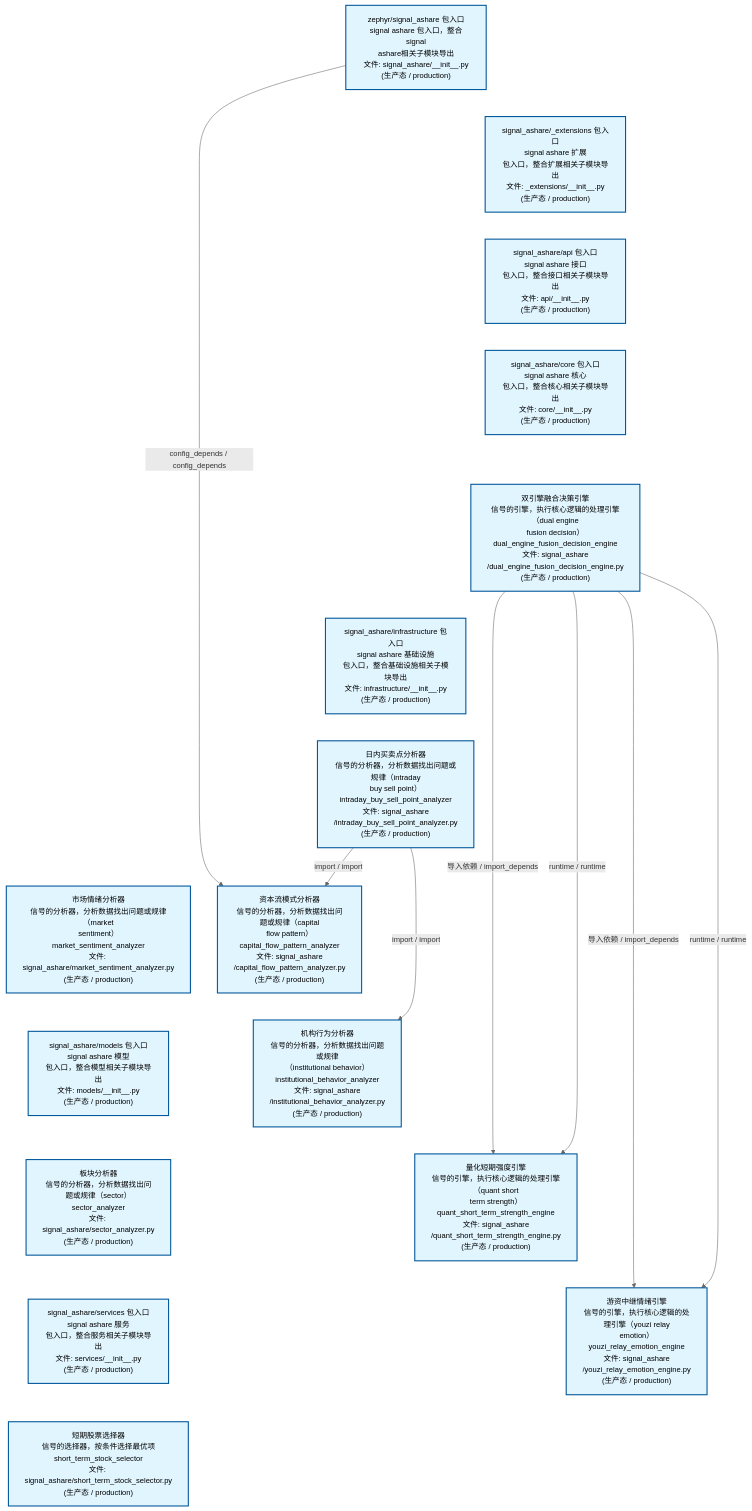
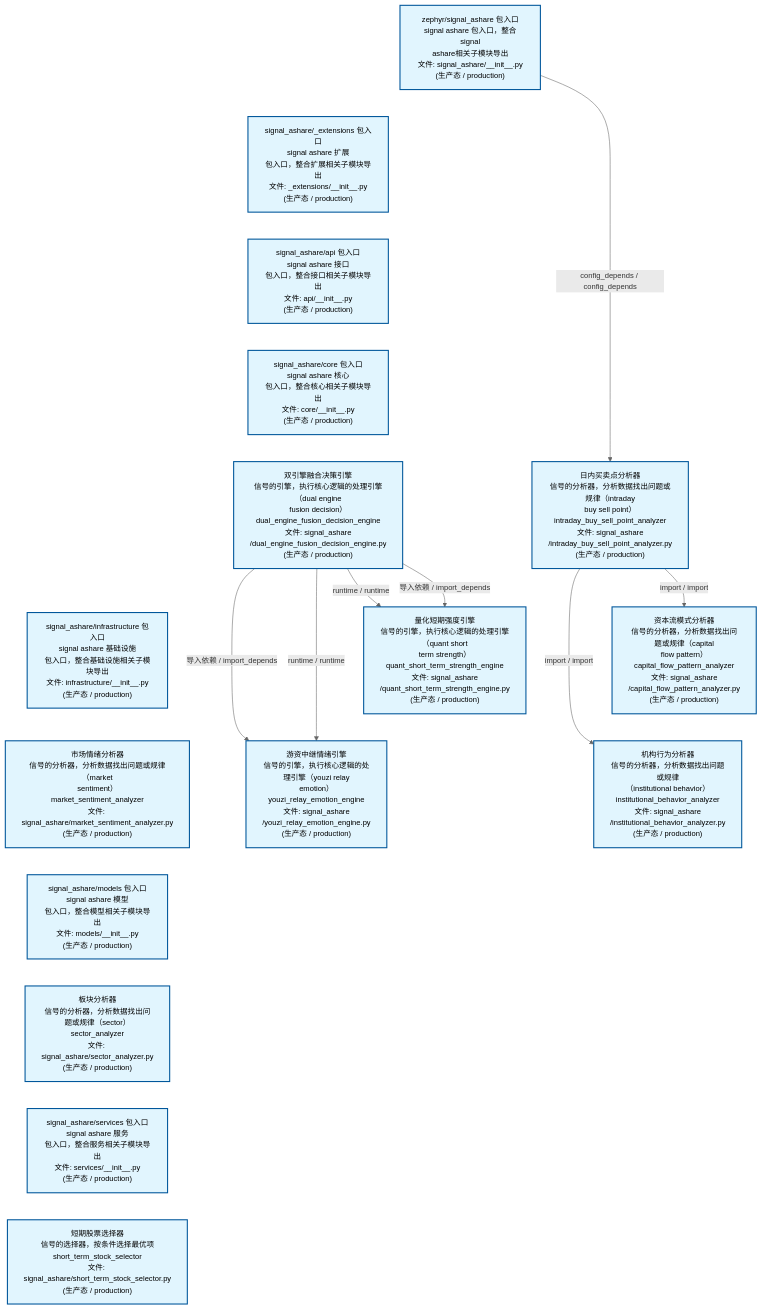
One commit to xuanFelixVan/ZephyrAlpha changed the second of 4 diagrams in docs/02_enterprise_architecture/02_domain_architecture_docs/32_d_ashare_signal.md. Above: the diagram before and after it, drawn with Mermaid. The commit also changed other lines of this file and 50 other files, not shown here.

````diff
--- a/docs/02_enterprise_architecture/02_domain_architecture_docs/32_d_ashare_signal.md
+++ b/docs/02_enterprise_architecture/02_domain_architecture_docs/32_d_ashare_signal.md
@@ -112,46 +111,45 @@
 ```mermaid
 %%{init: {'theme': 'base', 'themeVariables': {'primaryColor': '#eaeaea', 'primaryTextColor': '#333333', 'primaryBorderColor': '#666666', 'lineColor': '#666666', 'secondaryColor': '#eaeaea', 'tertiaryColor': '#eaeaea', 'fontSize': '14px'}}}%%
 flowchart TD
     src_zephyr_signal_ashare_init_py["zephyr/signal_ashare 包入口<br/>signal ashare 包入口，整合signal<br/>ashare相关子模块导出<br/>文件: signal_ashare/__init__.py<br/>(生产态 / production)"]
     src_zephyr_signal_ashare_extensions_init_py["signal_ashare/_extensions 包入口<br/>signal ashare 扩展<br/>包入口，整合扩展相关子模块导出<br/>文件: _extensions/__init__.py<br/>(生产态 / production)"]
     src_zephyr_signal_ashare_api_init_py["signal_ashare/api 包入口<br/>signal ashare 接口<br/>包入口，整合接口相关子模块导出<br/>文件: api/__init__.py<br/>(生产态 / production)"]
     src_zephyr_signal_ashare_core_init_py["signal_ashare/core 包入口<br/>signal ashare 核心<br/>包入口，整合核心相关子模块导出<br/>文件: core/__init__.py<br/>(生产态 / production)"]
     src_zephyr_signal_ashare_dual_engine_fusion_decision_engine_py["双引擎融合决策引擎<br/>信号的引擎，执行核心逻辑的处理引擎（dual engine<br/>fusion decision）<br/>dual_engine_fusion_decision_engine<br/>文件: signal_ashare<br/>/dual_engine_fusion_decision_engine.py<br/>(生产态 / production)"]
     src_zephyr_signal_ashare_infrastructure_init_py["signal_ashare/infrastructure 包入口<br/>signal ashare 基础设施<br/>包入口，整合基础设施相关子模块导出<br/>文件: infrastructure/__init__.py<br/>(生产态 / production)"]
-    src_zephyr_signal_ashare_intraday_buy_sell_point_analyzer_py["日内买卖点分析器<br/>信号的分析器，分析数据找出问题或规律（intraday<br/>buy sell point）<br/>intraday_buy_sell_point_analyzer<br/>文件: signal_ashare<br/>/intraday_buy_sell_point_analyzer.py<br/>(生产态 / production)"]
     src_zephyr_signal_ashare_market_sentiment_analyzer_py["市场情绪分析器<br/>信号的分析器，分析数据找出问题或规律（market<br/>sentiment）<br/>market_sentiment_analyzer<br/>文件: signal_ashare/market_sentiment_analyzer.py<br/>(生产态 / production)"]
     src_zephyr_signal_ashare_models_init_py["signal_ashare/models 包入口<br/>signal ashare 模型<br/>包入口，整合模型相关子模块导出<br/>文件: models/__init__.py<br/>(生产态 / production)"]
     src_zephyr_signal_ashare_sector_analyzer_py["板块分析器<br/>信号的分析器，分析数据找出问题或规律（sector）<br/>sector_analyzer<br/>文件: signal_ashare/sector_analyzer.py<br/>(生产态 / production)"]
     src_zephyr_signal_ashare_services_init_py["signal_ashare/services 包入口<br/>signal ashare 服务<br/>包入口，整合服务相关子模块导出<br/>文件: services/__init__.py<br/>(生产态 / production)"]
     src_zephyr_signal_ashare_short_term_stock_selector_py["短期股票选择器<br/>信号的选择器，按条件选择最优项<br/>short_term_stock_selector<br/>文件: signal_ashare/short_term_stock_selector.py<br/>(生产态 / production)"]
     src_zephyr_signal_ashare_init_py ~~~ src_zephyr_signal_ashare_extensions_init_py
     src_zephyr_signal_ashare_extensions_init_py ~~~ src_zephyr_signal_ashare_api_init_py
     src_zephyr_signal_ashare_api_init_py ~~~ src_zephyr_signal_ashare_core_init_py
     src_zephyr_signal_ashare_core_init_py ~~~ src_zephyr_signal_ashare_dual_engine_fusion_decision_engine_py
     src_zephyr_signal_ashare_dual_engine_fusion_decision_engine_py ~~~ src_zephyr_signal_ashare_infrastructure_init_py
-    src_zephyr_signal_ashare_infrastructure_init_py ~~~ src_zephyr_signal_ashare_intraday_buy_sell_point_analyzer_py
-    src_zephyr_signal_ashare_intraday_buy_sell_point_analyzer_py ~~~ src_zephyr_signal_ashare_market_sentiment_analyzer_py
+    src_zephyr_signal_ashare_infrastructure_init_py ~~~ src_zephyr_signal_ashare_market_sentiment_analyzer_py
     src_zephyr_signal_ashare_market_sentiment_analyzer_py ~~~ src_zephyr_signal_ashare_models_init_py
     src_zephyr_signal_ashare_models_init_py ~~~ src_zephyr_signal_ashare_sector_analyzer_py
     src_zephyr_signal_ashare_sector_analyzer_py ~~~ src_zephyr_signal_ashare_services_init_py
     src_zephyr_signal_ashare_services_init_py ~~~ src_zephyr_signal_ashare_short_term_stock_selector_py
+    src_zephyr_signal_ashare_intraday_buy_sell_point_analyzer_py["日内买卖点分析器<br/>信号的分析器，分析数据找出问题或规律（intraday<br/>buy sell point）<br/>intraday_buy_sell_point_analyzer<br/>文件: signal_ashare<br/>/intraday_buy_sell_point_analyzer.py<br/>(生产态 / production)"]
+    src_zephyr_signal_ashare_quant_short_term_strength_engine_py["量化短期强度引擎<br/>信号的引擎，执行核心逻辑的处理引擎（quant short<br/>term strength）<br/>quant_short_term_strength_engine<br/>文件: signal_ashare<br/>/quant_short_term_strength_engine.py<br/>(生产态 / production)"]
+    src_zephyr_signal_ashare_youzi_relay_emotion_engine_py["游资中继情绪引擎<br/>信号的引擎，执行核心逻辑的处理引擎（youzi relay<br/>emotion）<br/>youzi_relay_emotion_engine<br/>文件: signal_ashare<br/>/youzi_relay_emotion_engine.py<br/>(生产态 / production)"]
+    src_zephyr_signal_ashare_intraday_buy_sell_point_analyzer_py ~~~ src_zephyr_signal_ashare_quant_short_term_strength_engine_py
+    src_zephyr_signal_ashare_quant_short_term_strength_engine_py ~~~ src_zephyr_signal_ashare_youzi_relay_emotion_engine_py
     src_zephyr_signal_ashare_capital_flow_pattern_analyzer_py["资本流模式分析器<br/>信号的分析器，分析数据找出问题或规律（capital<br/>flow pattern）<br/>capital_flow_pattern_analyzer<br/>文件: signal_ashare<br/>/capital_flow_pattern_analyzer.py<br/>(生产态 / production)"]
     src_zephyr_signal_ashare_institutional_behavior_analyzer_py["机构行为分析器<br/>信号的分析器，分析数据找出问题或规律<br/>（institutional behavior）<br/>institutional_behavior_analyzer<br/>文件: signal_ashare<br/>/institutional_behavior_analyzer.py<br/>(生产态 / production)"]
-    src_zephyr_signal_ashare_quant_short_term_strength_engine_py["量化短期强度引擎<br/>信号的引擎，执行核心逻辑的处理引擎（quant short<br/>term strength）<br/>quant_short_term_strength_engine<br/>文件: signal_ashare<br/>/quant_short_term_strength_engine.py<br/>(生产态 / production)"]
-    src_zephyr_signal_ashare_youzi_relay_emotion_engine_py["游资中继情绪引擎<br/>信号的引擎，执行核心逻辑的处理引擎（youzi relay<br/>emotion）<br/>youzi_relay_emotion_engine<br/>文件: signal_ashare<br/>/youzi_relay_emotion_engine.py<br/>(生产态 / production)"]
     src_zephyr_signal_ashare_capital_flow_pattern_analyzer_py ~~~ src_zephyr_signal_ashare_institutional_behavior_analyzer_py
-    src_zephyr_signal_ashare_institutional_behavior_analyzer_py ~~~ src_zephyr_signal_ashare_quant_short_term_strength_engine_py
-    src_zephyr_signal_ashare_quant_short_term_strength_engine_py ~~~ src_zephyr_signal_ashare_youzi_relay_emotion_engine_py
-    src_zephyr_signal_ashare_dual_engine_fusion_decision_engine_py -->|导入依赖 / import_depends| src_zephyr_signal_ashare_youzi_relay_emotion_engine_py
-    src_zephyr_signal_ashare_dual_engine_fusion_decision_engine_py -->|runtime / runtime| src_zephyr_signal_ashare_youzi_relay_emotion_engine_py
+    src_zephyr_signal_ashare_intraday_buy_sell_point_analyzer_py -->|import / import| src_zephyr_signal_ashare_institutional_behavior_analyzer_py
+    src_zephyr_signal_ashare_intraday_buy_sell_point_analyzer_py -->|import / import| src_zephyr_signal_ashare_capital_flow_pattern_analyzer_py
+    src_zephyr_signal_ashare_init_py -->|config_depends / config_depends| src_zephyr_signal_ashare_intraday_buy_sell_point_analyzer_py
     src_zephyr_signal_ashare_dual_engine_fusion_decision_engine_py -->|导入依赖 / import_depends| src_zephyr_signal_ashare_quant_short_term_strength_engine_py
     src_zephyr_signal_ashare_dual_engine_fusion_decision_engine_py -->|runtime / runtime| src_zephyr_signal_ashare_quant_short_term_strength_engine_py
-    src_zephyr_signal_ashare_init_py -->|config_depends / config_depends| src_zephyr_signal_ashare_capital_flow_pattern_analyzer_py
-    src_zephyr_signal_ashare_intraday_buy_sell_point_analyzer_py -->|import / import| src_zephyr_signal_ashare_capital_flow_pattern_analyzer_py
-    src_zephyr_signal_ashare_intraday_buy_sell_point_analyzer_py -->|import / import| src_zephyr_signal_ashare_institutional_behavior_analyzer_py
+    src_zephyr_signal_ashare_dual_engine_fusion_decision_engine_py -->|runtime / runtime| src_zephyr_signal_ashare_youzi_relay_emotion_engine_py
+    src_zephyr_signal_ashare_dual_engine_fusion_decision_engine_py -->|导入依赖 / import_depends| src_zephyr_signal_ashare_youzi_relay_emotion_engine_py
     classDef production fill:#e1f5fe,stroke:#01579b,stroke-width:2px,color:#000
     classDef design fill:#fff3e0,stroke:#e65100,stroke-width:2px,color:#000,stroke-dasharray: 5 5
     classDef external_prod fill:#e8f4fd,stroke:#0277bd,stroke-width:1px,color:#000
     classDef external_design fill:#fff8e7,stroke:#ef6c00,stroke-width:1px,color:#000,stroke-dasharray: 5 5
     class src_zephyr_signal_ashare_init_py,src_zephyr_signal_ashare_extensions_init_py,src_zephyr_signal_ashare_api_init_py,src_zephyr_signal_ashare_capital_flow_pattern_analyzer_py,src_zephyr_signal_ashare_core_init_py,src_zephyr_signal_ashare_dual_engine_fusion_decision_engine_py,src_zephyr_signal_ashare_infrastructure_init_py,src_zephyr_signal_ashare_institutional_behavior_analyzer_py,src_zephyr_signal_ashare_intraday_buy_sell_point_analyzer_py,src_zephyr_signal_ashare_market_sentiment_analyzer_py,src_zephyr_signal_ashare_models_init_py,src_zephyr_signal_ashare_quant_short_term_strength_engine_py,src_zephyr_signal_ashare_sector_analyzer_py,src_zephyr_signal_ashare_services_init_py,src_zephyr_signal_ashare_short_term_stock_selector_py,src_zephyr_signal_ashare_youzi_relay_emotion_engine_py production
 ```
````
